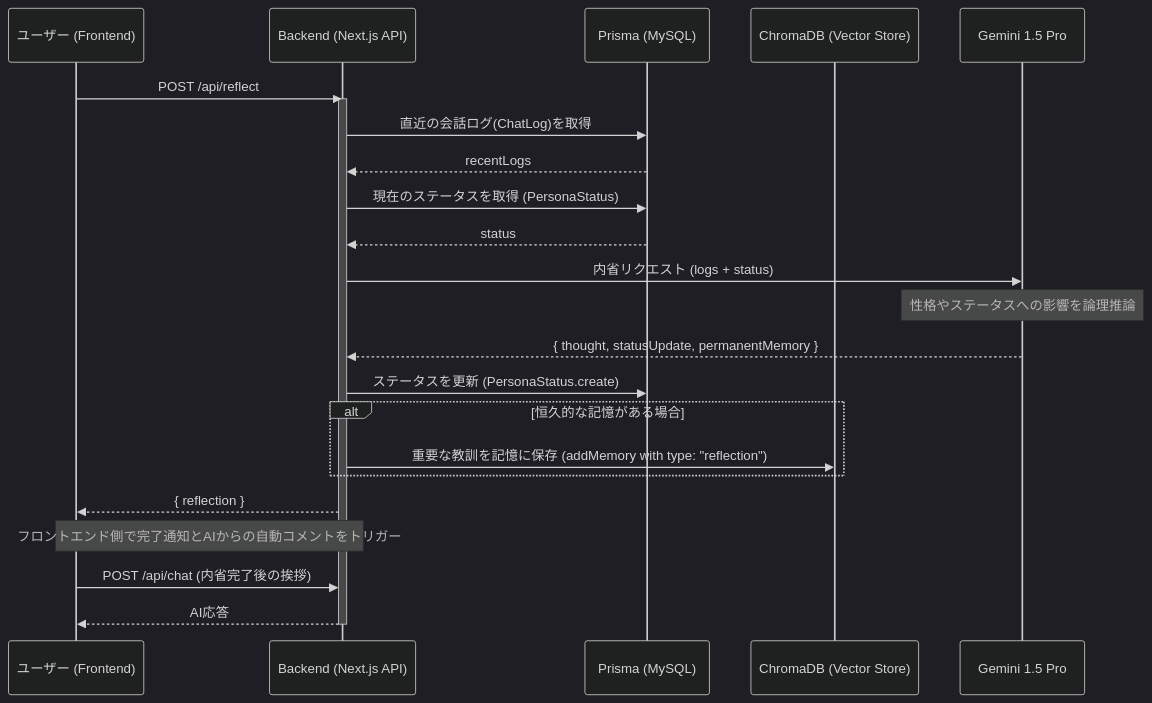
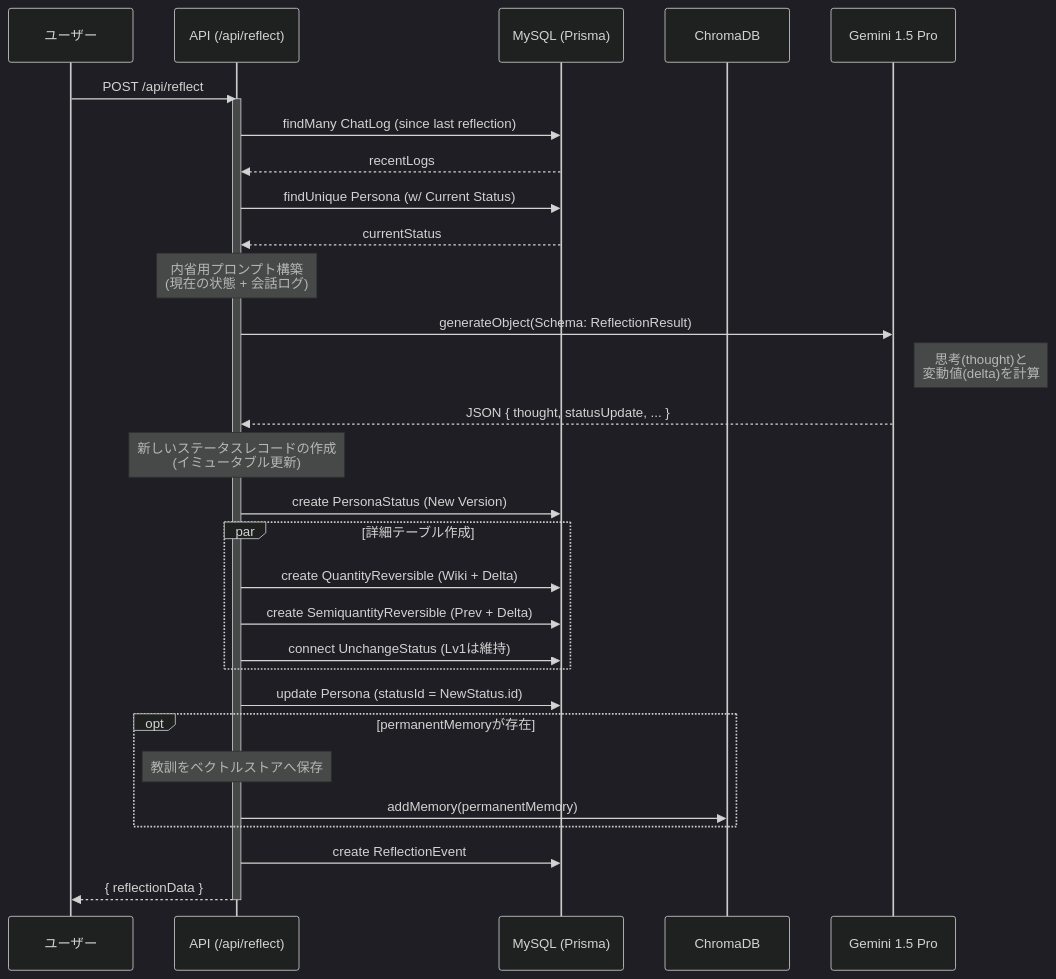
One commit to mshirai0327/self-reflection-chatbot changed the second of 2 diagrams in docs/sequence.md. Above: the diagram before and after it, drawn with Mermaid (dark theme). The commit also changed other lines of this file, not shown here.

Commit message:
[docs] シーケンス図更新

````diff
--- a/docs/sequence.md
+++ b/docs/sequence.md
@@ -40,34 +93,47 @@
 ```mermaid
 sequenceDiagram
-    participant U as ユーザー (Frontend)
-    participant B as Backend (Next.js API)
-    participant P as Prisma (MySQL)
-    participant C as ChromaDB (Vector Store)
-    participant G as Gemini 1.5 Pro
+    participant U as ユーザー
+    participant API as API (/api/reflect)
+    participant DB as MySQL (Prisma)
+    participant Vec as ChromaDB
+    participant LLM as Gemini 1.5 Pro
 
-    U->>B: POST /api/reflect
+    U->>API: POST /api/reflect
+    activate API
+
+    %% 1. データ収集
+    API->>DB: findMany ChatLog (since last reflection)
+    DB-->>API: recentLogs
+    API->>DB: findUnique Persona (w/ Current Status)
+    DB-->>API: currentStatus
+
+    %% 2. 推論実行
+    Note over API: 内省用プロンプト構築<br/>(現在の状態 + 会話ログ)
+    API->>LLM: generateObject(Schema: ReflectionResult)
+    Note right of LLM: 思考(thought)と<br/>変動値(delta)を計算
+    LLM-->>API: JSON { thought, statusUpdate, ... }
+
+    %% 3. ステータス更新トランザクション
+    Note over API: 新しいステータスレコードの作成<br/>(イミュータブル更新)
+    API->>DB: create PersonaStatus (New Version)
     
-    activate B
-    B->>P: 直近の会話ログ(ChatLog)を取得
-    P-->>B: recentLogs
-    
-    B->>P: 現在のステータスを取得 (PersonaStatus)
-    P-->>B: status
-    
-    B->>G: 内省リクエスト (logs + status)
-    Note over G: 性格やステータスへの影響を論理推論
-    G-->>B: { thought, statusUpdate, permanentMemory }
-    
-    B->>P: ステータスを更新 (PersonaStatus.create)
-    
-    alt 恒久的な記憶がある場合
-        B->>C: 重要な教訓を記憶に保存 (addMemory with type: "reflection")
+    par 詳細テーブル作成
+        API->>DB: create QuantityReversible (Wiki + Delta)
+        API->>DB: create SemiquantityReversible (Prev + Delta)
+        API->>DB: connect UnchangeStatus (Lv1は維持)
     end
     
-    B-->>U: { reflection }
-    
-    Note over U, B: フロントエンド側で完了通知とAIからの自動コメントをトリガー
-    U->>B: POST /api/chat (内省完了後の挨拶)
-    B-->>U: AI応答
-    deactivate B
+    API->>DB: update Persona (statusId = NewStatus.id)
+
+    %% 4. 恒久記憶の保存 (ある場合)
+    opt permanentMemoryが存在
+        Note over API: 教訓をベクトルストアへ保存
+        API->>Vec: addMemory(permanentMemory)
+    end
+
+    %% 5. イベント記録
+    API->>DB: create ReflectionEvent
+
+    API-->>U: { reflectionData }
+    deactivate API
 ```
````
